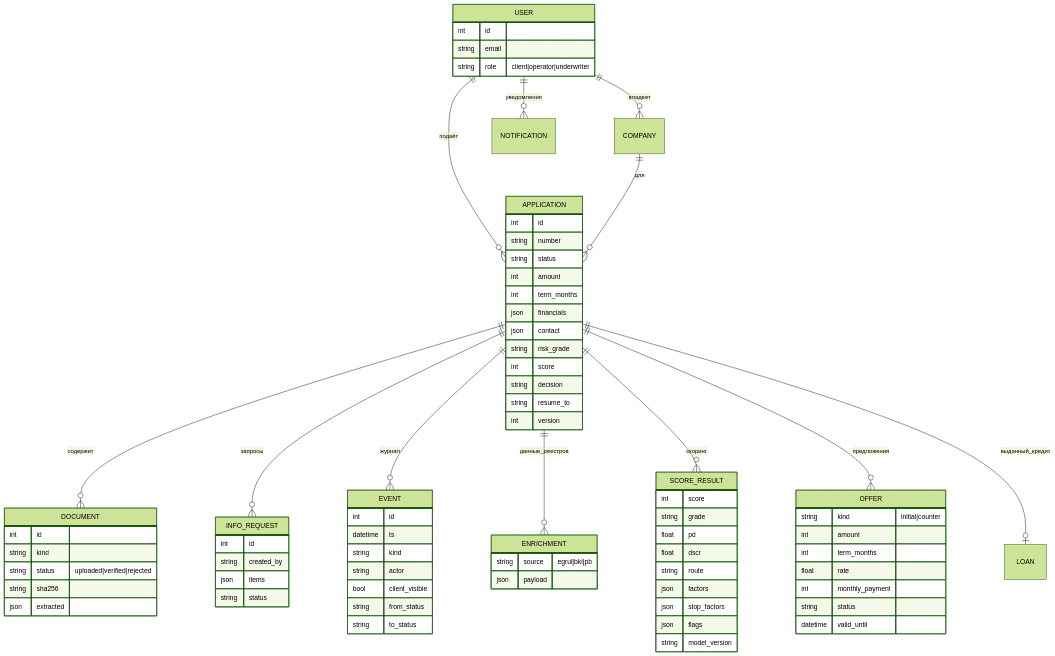
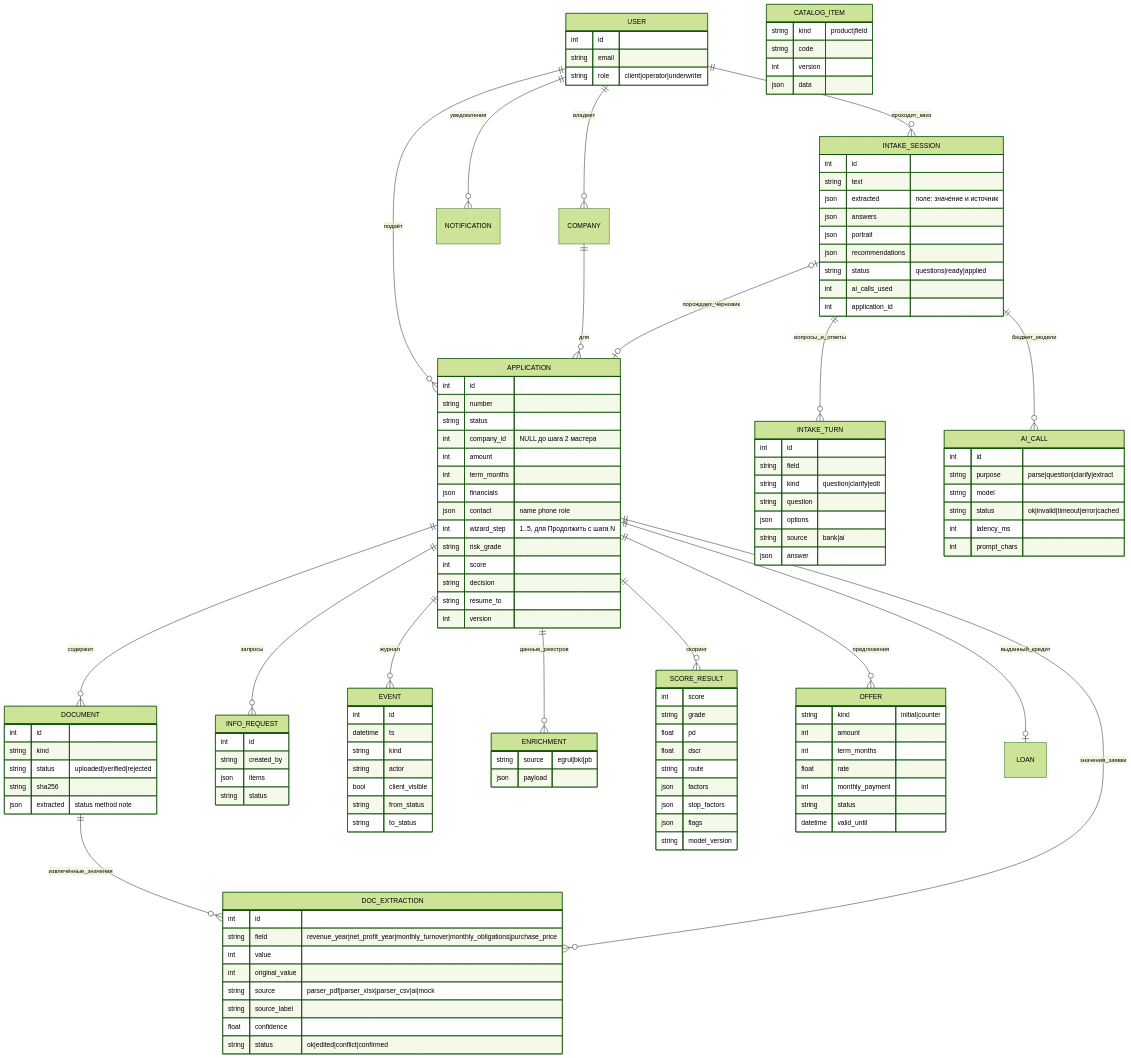
One commit to Ryt1nger/creditfy changed the diagram in docs/data-model.md. Above: the diagram before and after it, drawn with Mermaid (forest theme). The commit also changed other lines of this file and 11 other files, not shown here.

````diff
--- a/docs/data-model.md
+++ b/docs/data-model.md
@@ -3,22 +3,33 @@
 ```mermaid
 erDiagram
     USER ||--o{ COMPANY : владеет
     USER ||--o{ APPLICATION : подаёт
     COMPANY ||--o{ APPLICATION : для
     APPLICATION ||--o{ DOCUMENT : содержит
     APPLICATION ||--o{ INFO_REQUEST : запросы
     APPLICATION ||--o{ EVENT : журнал
     APPLICATION ||--o{ ENRICHMENT : данные_реестров
     APPLICATION ||--o{ SCORE_RESULT : скоринг
     APPLICATION ||--o{ OFFER : предложения
     APPLICATION ||--o| LOAN : выданный_кредит
     USER ||--o{ NOTIFICATION : уведомления
+    USER ||--o{ INTAKE_SESSION : проходит_квиз
+    INTAKE_SESSION ||--o{ INTAKE_TURN : вопросы_и_ответы
+    INTAKE_SESSION |o--o| APPLICATION : порождает_черновик
+    INTAKE_SESSION ||--o{ AI_CALL : бюджет_модели
+    DOCUMENT ||--o{ DOC_EXTRACTION : извлечённые_значения
+    APPLICATION ||--o{ DOC_EXTRACTION : значения_заявки
     USER { int id string email string role "client|operator|underwriter" }
-    APPLICATION { int id string number string status int amount int term_months json financials json contact string risk_grade int score string decision string resume_to int version }
-    DOCUMENT { int id string kind string status "uploaded|verified|rejected" string sha256 json extracted }
+    APPLICATION { int id string number string status int company_id "NULL до шага 2 мастера" int amount int term_months json financials json contact "name phone role" int wizard_step "1..5, для Продолжить с шага N" string risk_grade int score string decision string resume_to int version }
+    DOCUMENT { int id string kind string status "uploaded|verified|rejected" string sha256 json extracted "status method note" }
+    DOC_EXTRACTION { int id string field "revenue_year|net_profit_year|monthly_turnover|monthly_obligations|purchase_price" int value int original_value string source "parser_pdf|parser_xlsx|parser_csv|ai|mock" string source_label float confidence string status "ok|edited|conflict|confirmed" }
+    INTAKE_SESSION { int id string text json extracted "поле: значение и источник" json answers json portrait json recommendations string status "questions|ready|applied" int ai_calls_used int application_id }
+    INTAKE_TURN { int id string field string kind "question|clarify|edit" string question json options string source "bank|ai" json answer }
+    AI_CALL { int id string purpose "parse|question|clarify|extract" string model string status "ok|invalid|timeout|error|cached" int latency_ms int prompt_chars }
+    CATALOG_ITEM { string kind "product|field" string code int version json data }
     INFO_REQUEST { int id string created_by json items string status }
     EVENT { int id datetime ts string kind string actor bool client_visible string from_status string to_status }
     ENRICHMENT { string source "egrul|bki|pb" json payload }
     SCORE_RESULT { int score string grade float pd float dscr string route json factors json stop_factors json flags string model_version }
     OFFER { string kind "initial|counter" int amount int term_months float rate int monthly_payment string status datetime valid_until }
 ```
````
